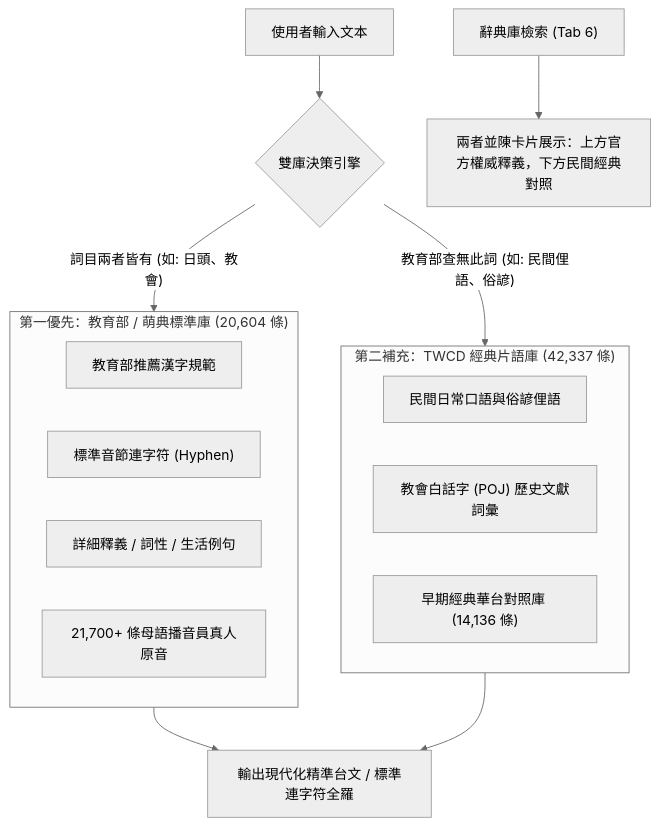
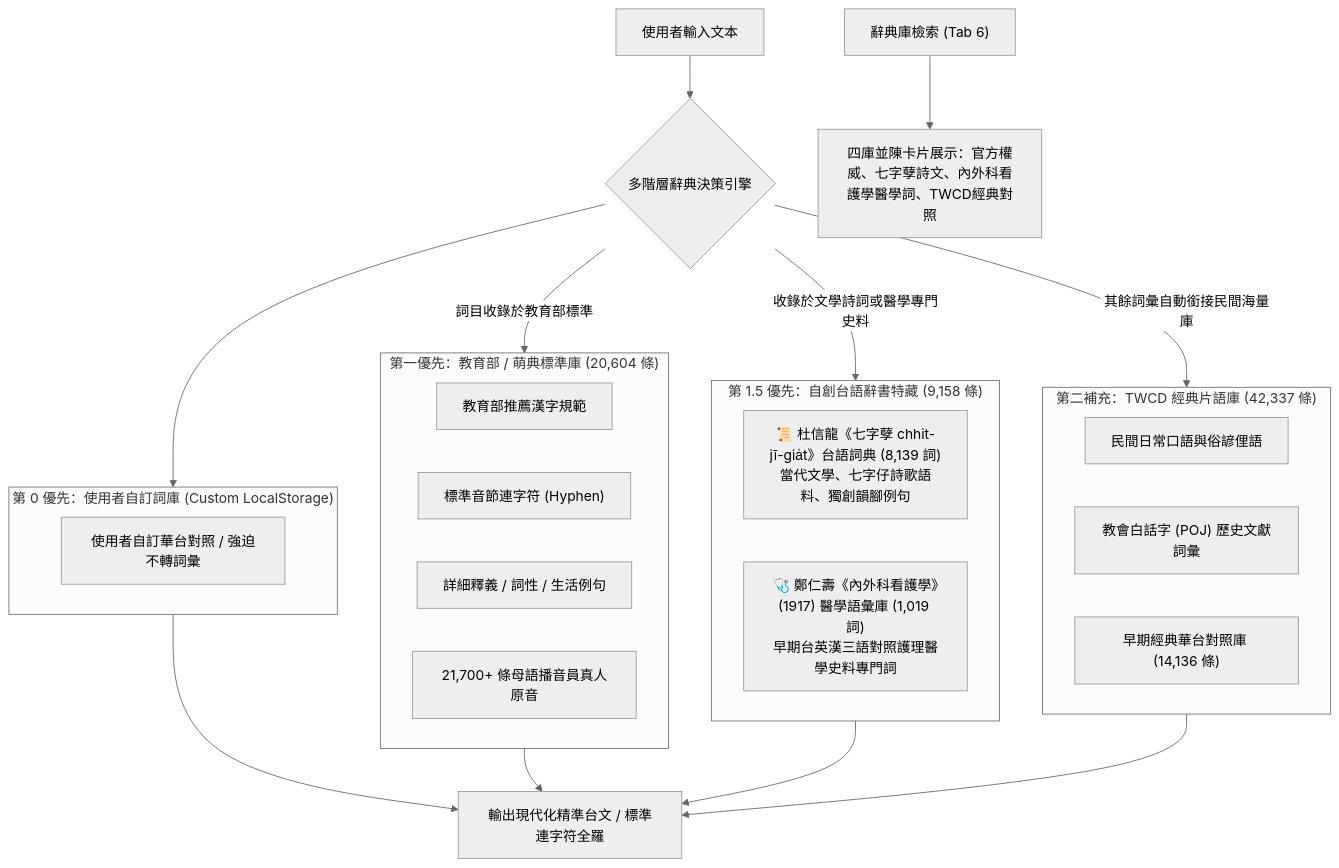
Before and after one commit to SinLiongToo/twcd-suite: the diagram in README.md, drawn with Mermaid (neutral theme). The commit also changed other lines of this file and 7 other files, not shown here.

````diff
--- a/README.md
+++ b/README.md
@@ -32,25 +32,38 @@
 ```mermaid
 flowchart TD
-    User["使用者輸入文本"] --> Engine{"雙庫決策引擎"}
+    User["使用者輸入文本"] --> Engine{"多階層辭典決策引擎"}
     
+    subgraph Priority0 ["第 0 優先：使用者自訂詞庫 (Custom LocalStorage)"]
+        C1["使用者自訂華台對照 / 強迫不轉詞彙"]
+    end
+
     subgraph Priority1 ["第一優先：教育部 / 萌典標準庫 (20,604 條)"]
         M1["教育部推薦漢字規範"]
         M2["標準音節連字符 (Hyphen)"]
         M3["詳細釋義 / 詞性 / 生活例句"]
         M4["21,700+ 條母語播音員真人原音"]
+    end
+
+    subgraph Priority15 ["第 1.5 優先：自創台語辭書特藏 (9,158 條)"]
+        S1["📜 杜信龍《七字孽 chhit-jī-gia̍t》台語詞典 (8,139 詞)<br>當代文學、七字仔詩歌語料、獨創韻腳例句"]
+        S2["🩺 鄭仁壽《內外科看護學》(1917) 醫學語彙庫 (1,019 詞)<br>早期台英漢三語對照護理醫學史料專門詞"]
     end
     
     subgraph Priority2 ["第二補充：TWCD 經典片語庫 (42,337 條)"]
         T1["民間日常口語與俗諺俚語"]
         T2["教會白話字 (POJ) 歷史文獻詞彙"]
         T3["早期經典華台對照庫 (14,136 條)"]
     end
 
-    Engine -->|"詞目兩者皆有 (如: 日頭、教會)"| Priority1
-    Engine -->|"教育部查無此詞 (如: 民間俚語、俗諺)"| Priority2
+    Engine --> Priority0
+    Engine -->|"詞目收錄於教育部標準"| Priority1
+    Engine -->|"收錄於文學詩詞或醫學專門史料"| Priority15
+    Engine -->|"其餘詞彙自動銜接民間海量庫"| Priority2
     
-    Priority1 --> Output["輸出現代化精準台文 / 標準連字符全羅"]
+    Priority0 --> Output["輸出現代化精準台文 / 標準連字符全羅"]
+    Priority1 --> Output
+    Priority15 --> Output
     Priority2 --> Output
     
-    UserSearch["辭典庫檢索 (Tab 6)"] --> Both["兩者並陳卡片展示：上方官方權威釋義，下方民間經典對照"]
+    UserSearch["辭典庫檢索 (Tab 6)"] --> All["四庫並陳卡片展示：官方權威、七字孽詩文、內外科看護學醫學詞、TWCD經典對照"]
 ```
````
